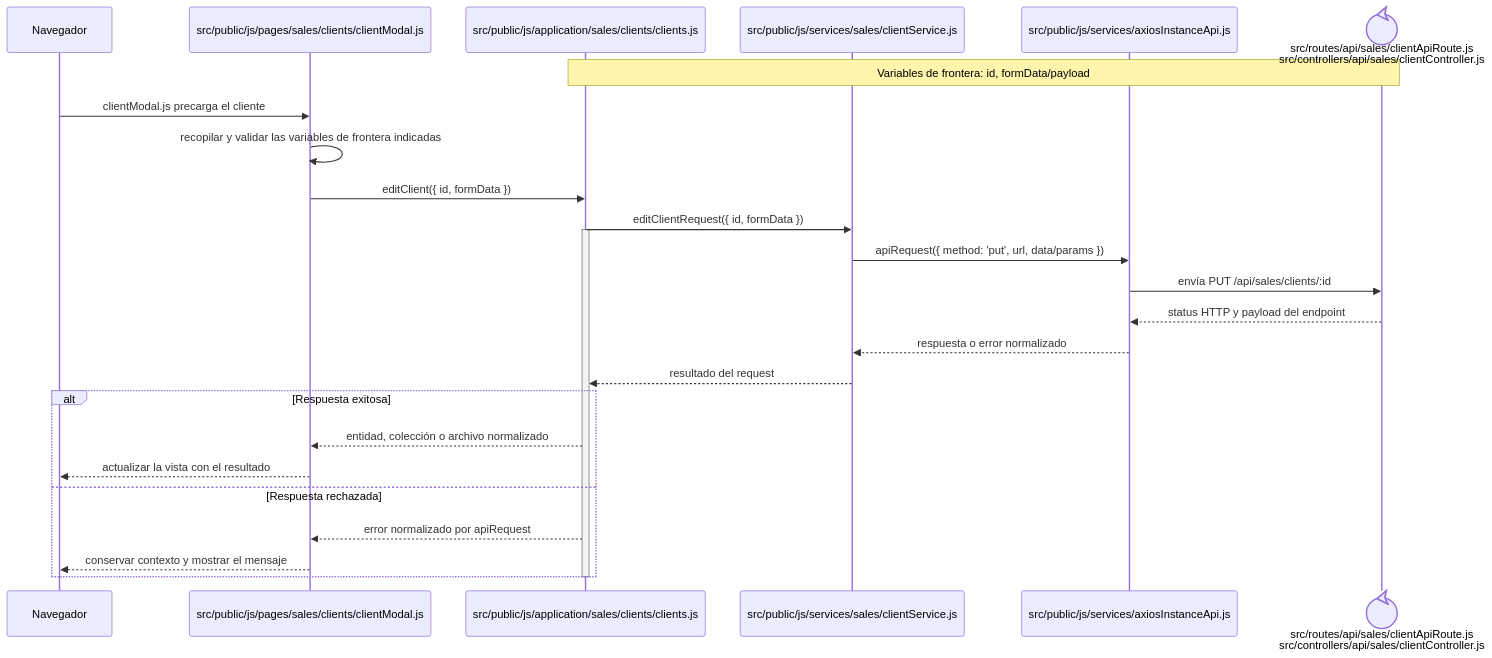
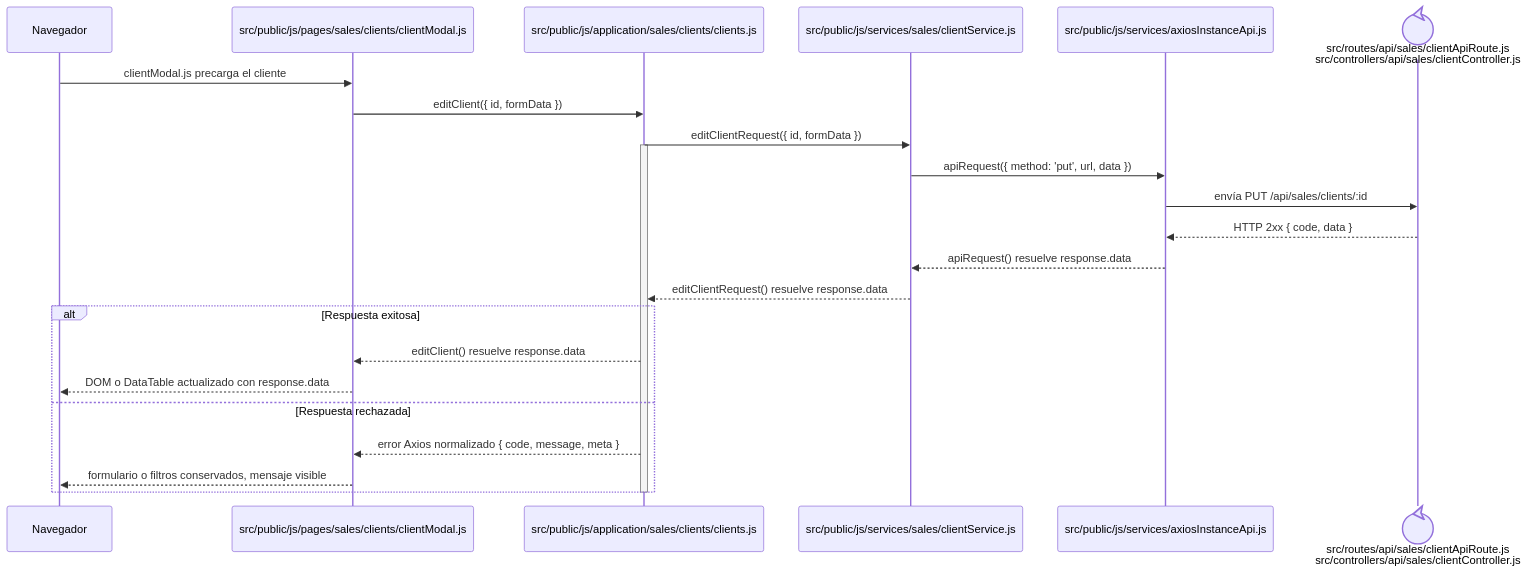
The diagram in docs/architecture/frontend-code-sequences/catalogs/cu-cat-07.md (gpgsistemas01/nexus), drawn with Mermaid before and after one commit. The commit also changed 148 other files, not shown here.

````diff
--- a/docs/architecture/frontend-code-sequences/catalogs/cu-cat-07.md
+++ b/docs/architecture/frontend-code-sequences/catalogs/cu-cat-07.md
@@ -6,29 +6,27 @@
 ```mermaid
 sequenceDiagram
     participant Browser as Navegador
     participant View as src/public/js/pages/sales/clients/clientModal.js
     participant Application as src/public/js/application/sales/clients/clients.js
     participant Request as src/public/js/services/sales/clientService.js
     participant HTTP as src/public/js/services/axiosInstanceApi.js
     participant Transport@{ "type": "control" } as src/routes/api/sales/clientApiRoute.js<br/>src/controllers/api/sales/clientController.js
-    Note over Application,Transport: Variables de frontera: id, formData/payload
 
     Browser->>View: clientModal.js precarga el cliente
-    View->>View: recopilar y validar las variables de frontera indicadas
     View->>Application: editClient({ id, formData })
     Application->>Request: editClientRequest({ id, formData })
     activate Application
-    Request->>HTTP: apiRequest({ method: 'put', url, data/params })
+    Request->>HTTP: apiRequest({ method: 'put', url, data })
     HTTP->>Transport: envía PUT /api/sales/clients/:id
-    Transport-->>HTTP: status HTTP y payload del endpoint
-    HTTP-->>Request: respuesta o error normalizado
-    Request-->>Application: resultado del request
+    Transport-->>HTTP: HTTP 2xx { code, data }
+    HTTP-->>Request: apiRequest() resuelve response.data
+    Request-->>Application: editClientRequest() resuelve response.data
     alt Respuesta exitosa
-        Application-->>View: entidad, colección o archivo normalizado
-        View-->>Browser: actualizar la vista con el resultado
+        Application-->>View: editClient() resuelve response.data
+        View-->>Browser: DOM o DataTable actualizado con response.data
     else Respuesta rechazada
-        Application-->>View: error normalizado por apiRequest
-        View-->>Browser: conservar contexto y mostrar el mensaje
+        Application-->>View: error Axios normalizado { code, message, meta }
+        View-->>Browser: formulario o filtros conservados, mensaje visible
     end
     deactivate Application
 ```
````
